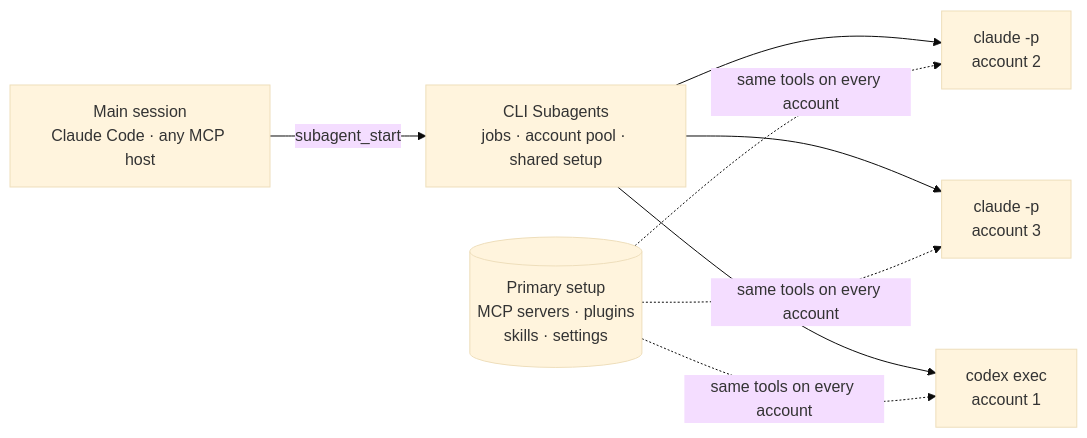
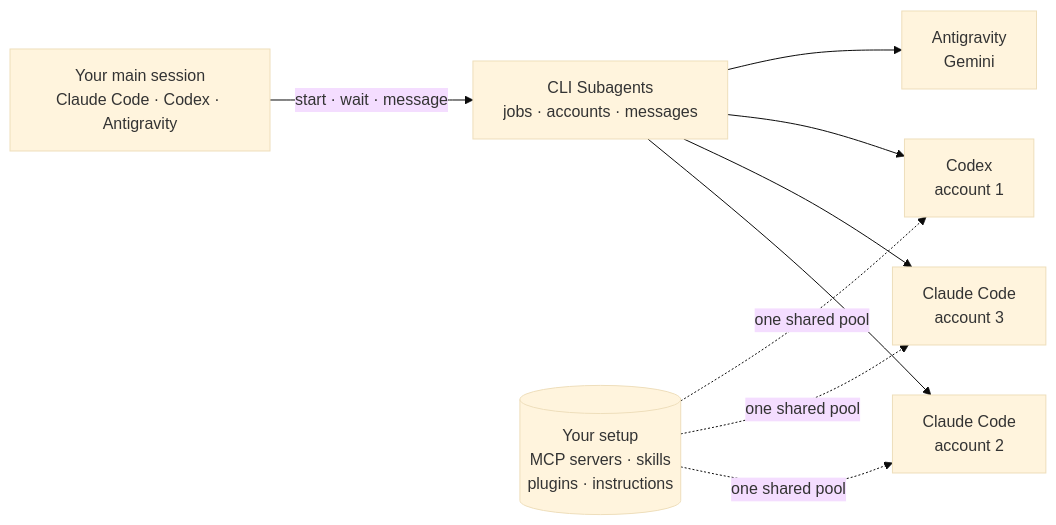
Before and after one commit to Watcharagorn/agents-router: the diagram in README.md, drawn with Mermaid (base theme). The commit also changed other lines of this file and 39 other files, not shown here.

First line of the commit message:
Make subagents seamless across accounts and hosts

````diff
--- a/README.md
+++ b/README.md
@@ -14,13 +14,14 @@
 ```mermaid
 flowchart LR
-    host["Main session<br/>Claude Code · any MCP host"]
-    core["CLI Subagents<br/>jobs · account pool · shared setup"]
-    shared[("Primary setup<br/>MCP servers · plugins<br/>skills · settings")]
-    w1["claude -p<br/>account 2"]
-    w2["claude -p<br/>account 3"]
-    w3["codex exec<br/>account 1"]
+    host["Your main session<br/>Claude Code · Codex · Antigravity"]
+    core["CLI Subagents<br/>jobs · accounts · messages"]
+    shared[("Your setup<br/>MCP servers · skills<br/>plugins · instructions")]
+    w1["Claude Code<br/>account 2"]
+    w2["Claude Code<br/>account 3"]
+    w3["Codex<br/>account 1"]
+    w4["Antigravity<br/>Gemini"]
 
-    host -- "subagent_start" --> core
-    core --> w1 & w2 & w3
-    shared -. "same tools on every account" .-> w1 & w2 & w3
+    host -- "start · wait · message" --> core
+    core --> w1 & w2 & w3 & w4
+    shared -. "one shared pool" .-> w1 & w2 & w3
 ```
````
